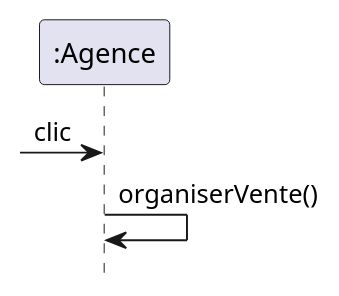
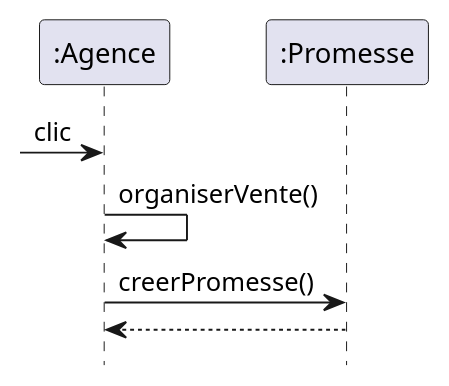
Before and after one commit to DenisGuiraudet/MIASHS_UML_PTUT: the diagram in DOC/UML/Sequence/diagSequenceOrgaVente.plantuml, drawn with PlantUML. The commit also changed 13 other files, not shown here.

```diff
--- a/DOC/UML/Sequence/diagSequenceOrgaVente.plantuml
+++ b/DOC/UML/Sequence/diagSequenceOrgaVente.plantuml
@@ -2,9 +2,13 @@
 @startuml
 
 hide footbox
 
 participant ":Agence" As A
+participant ":Promesse" As Pro
 
 [-> A : clic
 A -> A : organiserVente()
+A -> Pro : creerPromesse()
+Pro --> A :
+
 @enduml
```
